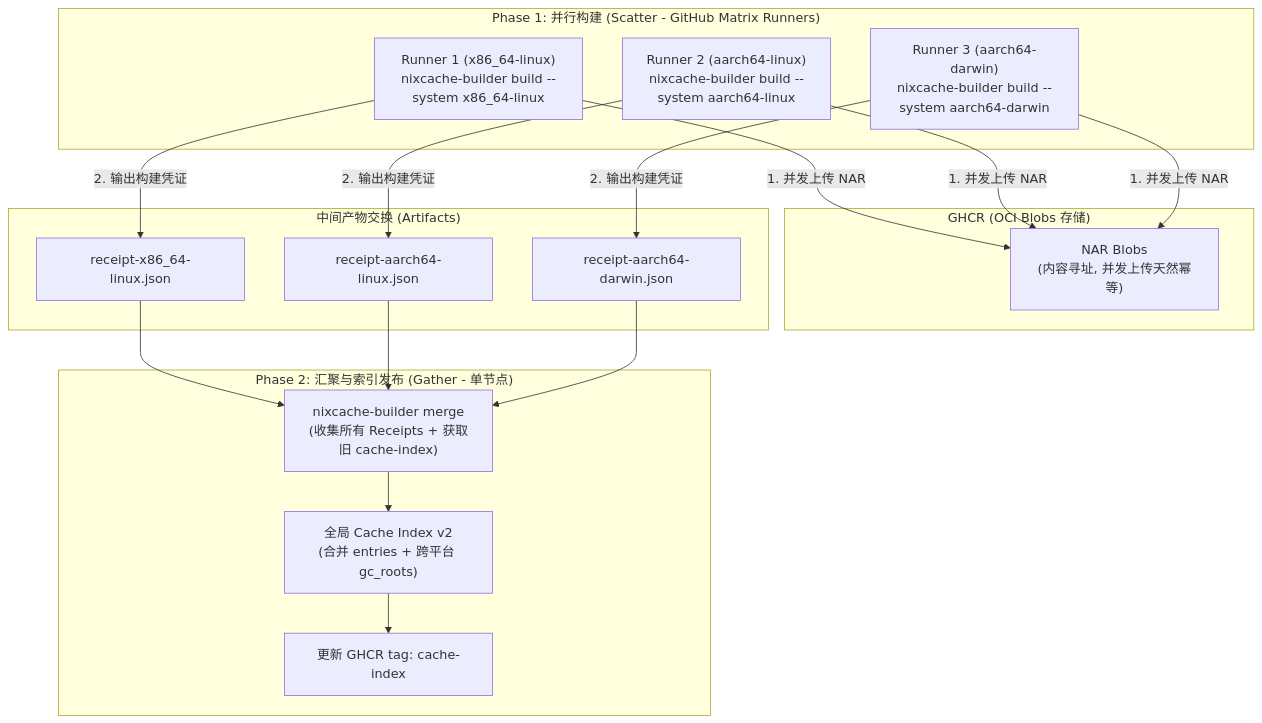
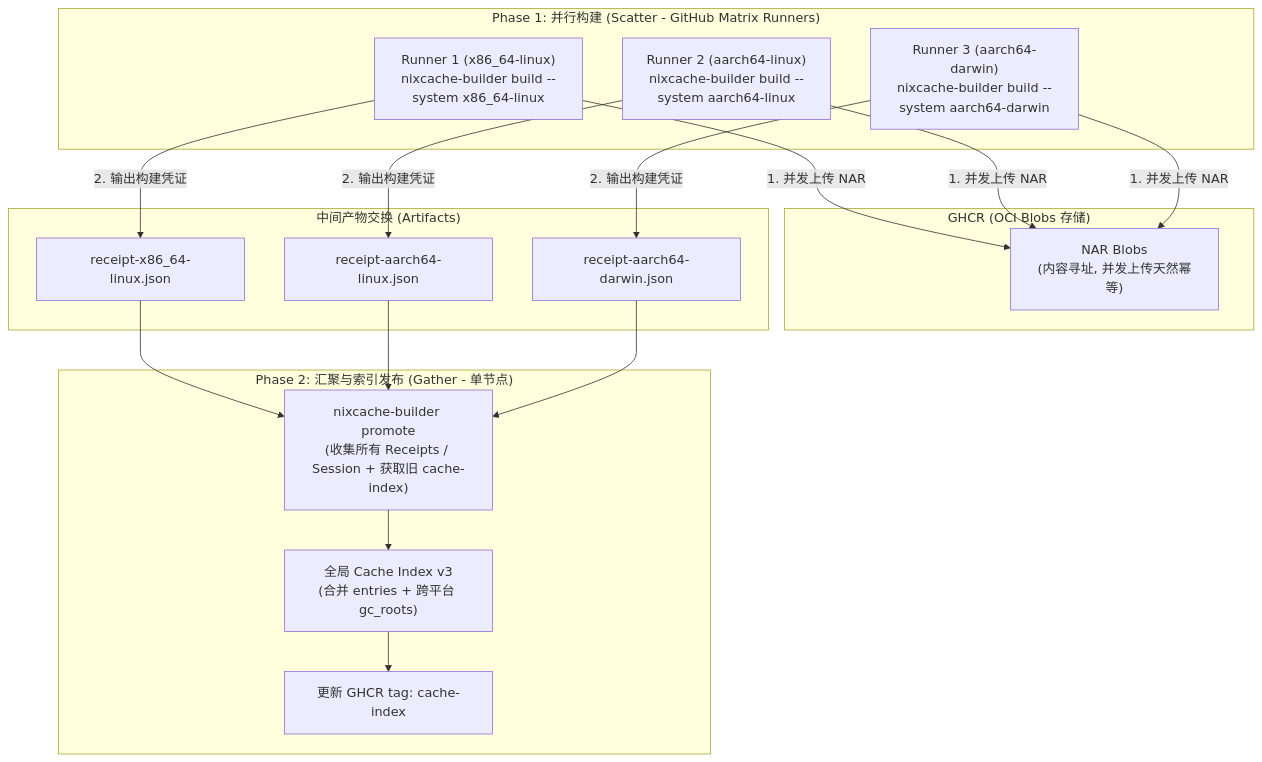
Before and after one commit to shaogme/nixcache-oci: the second of 3 diagrams in README.md, drawn with Mermaid. The commit also changed other lines of this file and 39 other files, not shown here.

````diff
--- a/README.md
+++ b/README.md
@@ -543,39 +676,39 @@
 ```mermaid
 flowchart TD
     subgraph Matrix ["Phase 1: 并行构建 (Scatter - GitHub Matrix Runners)"]
         RunnerA["Runner 1 (x86_64-linux)<br>nixcache-builder build --system x86_64-linux"]
         RunnerB["Runner 2 (aarch64-linux)<br>nixcache-builder build --system aarch64-linux"]
         RunnerC["Runner 3 (aarch64-darwin)<br>nixcache-builder build --system aarch64-darwin"]
     end
 
     subgraph OCI_Blobs ["GHCR (OCI Blobs 存储)"]
         BlobStorage["NAR Blobs<br>(内容寻址, 并发上传天然幂等)"]
     end
 
     subgraph Receipts ["中间产物交换 (Artifacts)"]
         ReceiptA["receipt-x86_64-linux.json"]
         ReceiptB["receipt-aarch64-linux.json"]
         ReceiptC["receipt-aarch64-darwin.json"]
     end
 
     subgraph Gather ["Phase 2: 汇聚与索引发布 (Gather - 单节点)"]
-        Merger["nixcache-builder merge<br>(收集所有 Receipts + 获取旧 cache-index)"]
-        MergedIndex["全局 Cache Index v2<br>(合并 entries + 跨平台 gc_roots)"]
+        Merger["nixcache-builder promote<br>(收集所有 Receipts / Session + 获取旧 cache-index)"]
+        MergedIndex["全局 Cache Index v3<br>(合并 entries + 跨平台 gc_roots)"]
         TagPush["更新 GHCR tag: cache-index"]
     end
 
     RunnerA -->|1. 并发上传 NAR| BlobStorage
     RunnerB -->|1. 并发上传 NAR| BlobStorage
     RunnerC -->|1. 并发上传 NAR| BlobStorage
 
     RunnerA -->|2. 输出构建凭证| ReceiptA
     RunnerB -->|2. 输出构建凭证| ReceiptB
     RunnerC -->|2. 输出构建凭证| ReceiptC
 
     ReceiptA --> Merger
     ReceiptB --> Merger
     ReceiptC --> Merger
 
     Merger --> MergedIndex
     MergedIndex --> TagPush
 ```
````
